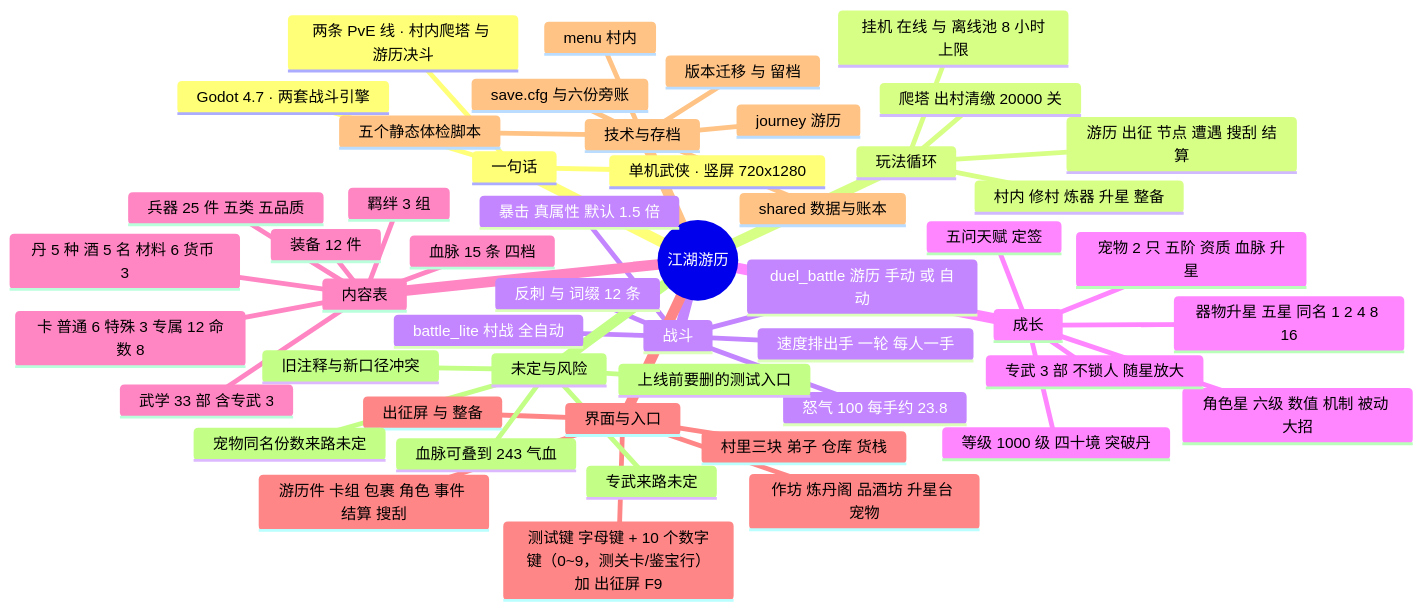
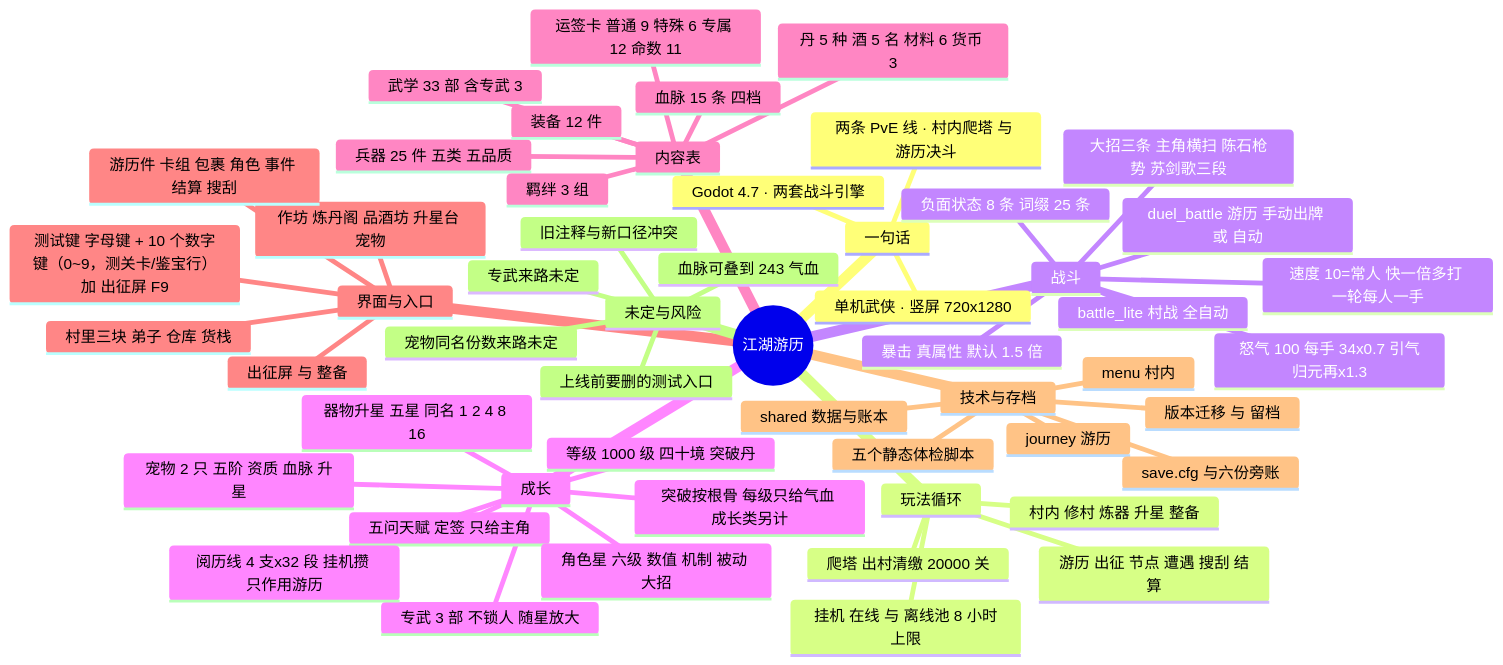
One commit to rand432/wuxia-demo changed the diagram in 游戏思维导图.md. Above: the diagram before and after it, drawn with Mermaid. The commit also changed other lines of this file and 1 other file, not shown here.

````diff
--- a/游戏思维导图.md
+++ b/游戏思维导图.md
@@ -13,54 +15,57 @@
 ```mermaid
 mindmap
   root((江湖游历))
     一句话
       单机武侠 · 竖屏 720x1280
       Godot 4.7 · 两套战斗引擎
       两条 PvE 线 · 村内爬塔 与 游历决斗
     玩法循环
       村内 修村 炼器 升星 整备
       爬塔 出村清缴 20000 关
       游历 出征 节点 遭遇 搜刮 结算
       挂机 在线 与 离线池 8 小时上限
     战斗
       battle_lite 村战 全自动
-      duel_battle 游历 手动 或 自动
-      速度排出手 一轮 每人一手
-      怒气 100 每手约 23.8
+      duel_battle 游历 手动出牌 或 自动
+      速度 10=常人 快一倍多打 一轮每人一手
+      怒气 100 每手 34x0.7 引气归元再x1.3
       暴击 真属性 默认 1.5 倍
-      反刺 与 词缀 12 条
+      负面状态 8 条 词缀 25 条
+      大招三条 主角横扫 陈石枪势 苏剑歌三段
     成长
       等级 1000 级 四十境 突破丹
-      五问天赋 定签
+      突破按根骨 每级只给气血 成长类另计
+      五问天赋 定签 只给主角
       角色星 六级 数值 机制 被动 大招
       器物升星 五星 同名 1 2 4 8 16
       专武 3 部 不锁人 随星放大
       宠物 2 只 五阶 资质 血脉 升星
+      阅历线 4 支x32 段 挂机攒 只作用游历
     内容表
       兵器 25 件 五类 五品质
       装备 12 件
       武学 33 部 含专武 3
-      卡 普通 6 特殊 3 专属 12 命数 8
+      运签卡 普通 9 特殊 6 专属 12 命数 11
       羁绊 3 组
       丹 5 种 酒 5 名 材料 6 货币 3
       血脉 15 条 四档
     界面与入口
       村里三块 弟子 仓库 货栈
       作坊 炼丹阁 品酒坊 升星台 宠物
       出征屏 与 整备
       游历件 卡组 包裹 角色 事件 结算 搜刮
       测试键 字母键 + 10 个数字键（0~9，测关卡/鉴宝行）加 出征屏 F9
     技术与存档
       shared 数据与账本
       menu 村内
       journey 游历
       save.cfg 与六份旁账
       版本迁移 与 留档
       五个静态体检脚本
     未定与风险
       专武来路未定
       宠物同名份数来路未定
       血脉可叠到 243 气血
       旧注释与新口径冲突
       上线前要删的测试入口
 ```
````
